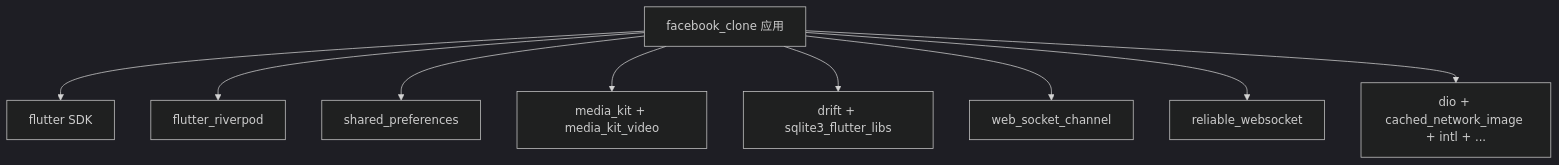
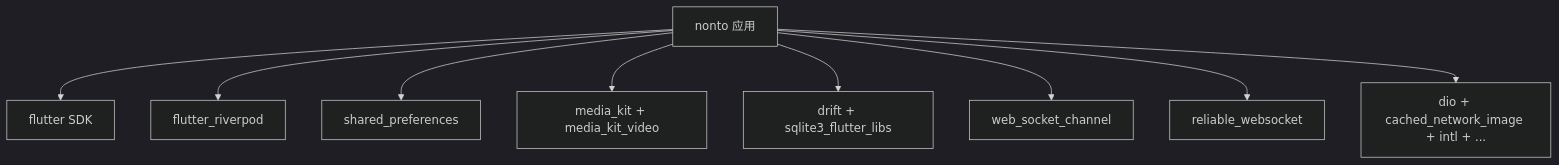
Before and after one commit to junhua-huang/NonToFlutter: the third of 3 diagrams in .qoder/repowiki/zh/content/架构设计/目录结构组织.md, drawn with Mermaid (dark theme). The commit also changed 91 other files, not shown here.

````diff
--- a/.qoder/repowiki/zh/content/架构设计/目录结构组织.md
+++ b/.qoder/repowiki/zh/content/架构设计/目录结构组织.md
@@ -143,11 +143,11 @@
 ```mermaid
 graph TB
-APP["facebook_clone 应用"] --> FLUTTER["flutter SDK"]
+APP["nonto 应用"] --> FLUTTER["flutter SDK"]
 APP --> RIVERPOD["flutter_riverpod"]
 APP --> SHARED_PREF["shared_preferences"]
 APP --> MEDIA_KIT["media_kit + media_kit_video"]
 APP --> DRIFT["drift + sqlite3_flutter_libs"]
 APP --> WEB_SOCKET["web_socket_channel"]
 APP --> RELIABLE_WS["reliable_websocket"]
 APP --> OTHERS["dio + cached_network_image + intl + ..."]
 ```
````
